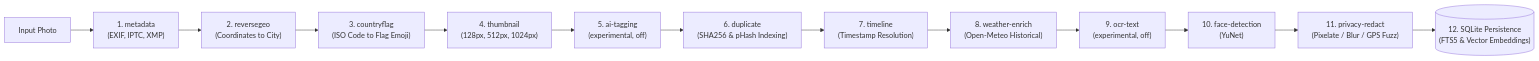
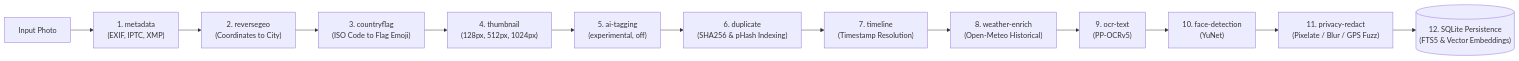
Before and after one commit to Zheng-Bote/wasm_geo-host: the second of 2 diagrams in README.md, drawn with Mermaid. The commit also changed other lines of this file and 30 other files, not shown here.

````diff
--- a/README.md
+++ b/README.md
@@ -105,15 +105,15 @@
 ```mermaid
 flowchart LR
     photo["Input Photo"] --> meta["1. metadata\n(EXIF, IPTC, XMP)"]
     meta --> geo["2. reversegeo\n(Coordinates to City)"]
     geo --> flag["3. countryflag\n(ISO Code to Flag Emoji)"]
     flag --> thumb["4. thumbnail\n(128px, 512px, 1024px)"]
     thumb --> ai["5. ai-tagging\n(experimental, off)"]
     ai --> dup["6. duplicate\n(SHA256 & pHash Indexing)"]
     dup --> time["7. timeline\n(Timestamp Resolution)"]
     time --> weather["8. weather-enrich\n(Open-Meteo Historical)"]
-    weather --> ocr["9. ocr-text\n(experimental, off)"]
+    weather --> ocr["9. ocr-text\n(PP-OCRv5)"]
     ocr --> face["10. face-detection\n(YuNet)"]
     face --> privacy["11. privacy-redact\n(Pixelate / Blur / GPS Fuzz)"]
     privacy --> db[("12. SQLite Persistence\n(FTS5 & Vector Embeddings)")]
 ```
````
